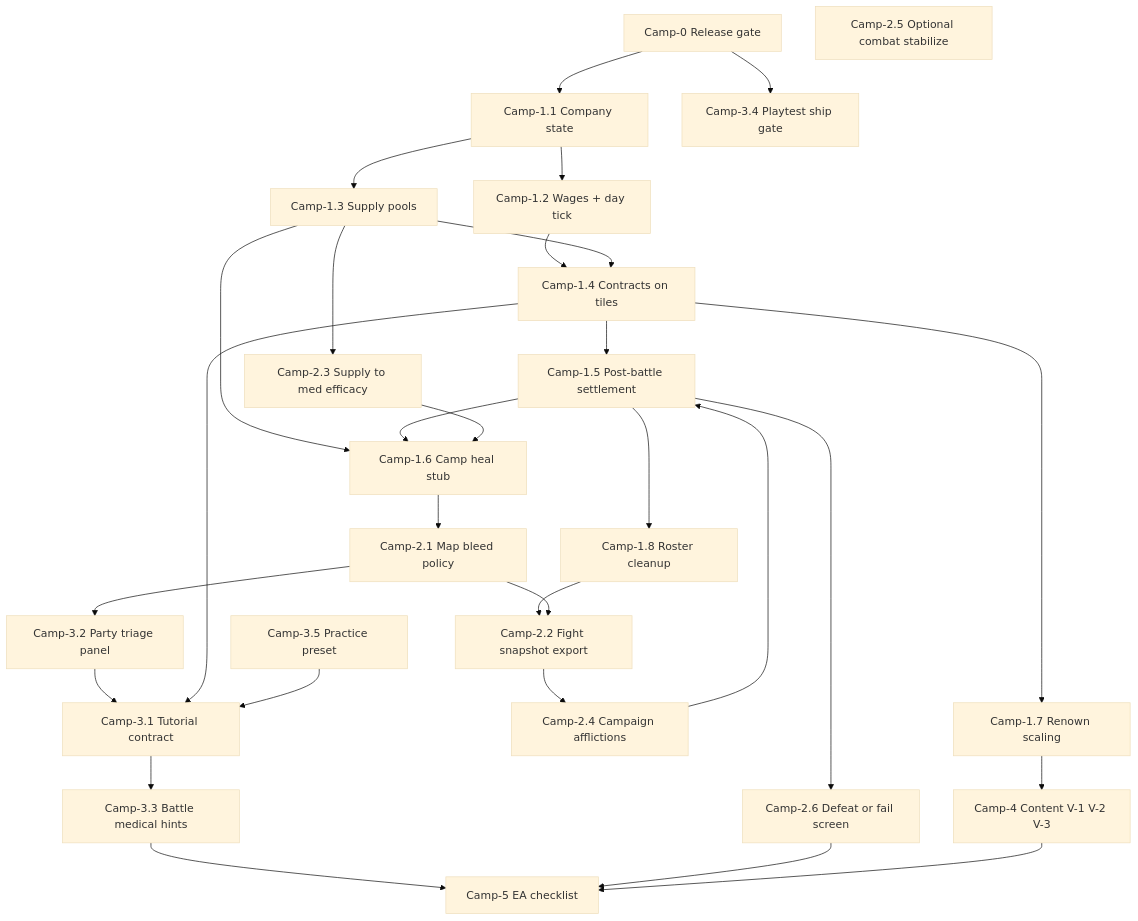
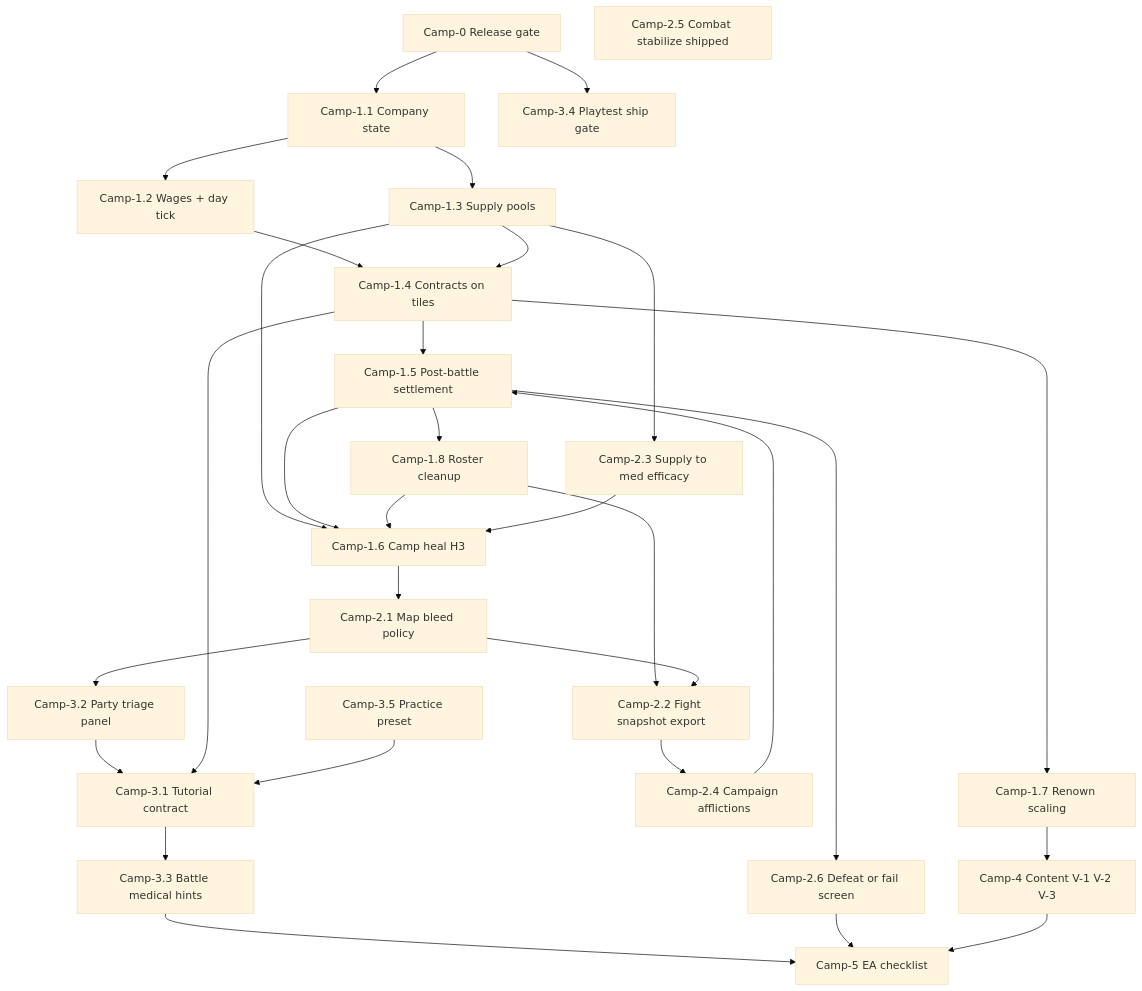
Before and after one commit to Evernight27/FallenPaths: the diagram in docs/SHIP_PLAN.md, drawn with Mermaid (base theme). The commit also changed other lines of this file and 104 other files, not shown here.

````diff
--- a/docs/SHIP_PLAN.md
+++ b/docs/SHIP_PLAN.md
@@ -75,54 +82,55 @@
 ```mermaid
 flowchart TB
   C0[Camp-0 Release gate]
   C1a[Camp-1.1 Company state]
   C1b[Camp-1.2 Wages + day tick]
   C1c[Camp-1.3 Supply pools]
   C1d[Camp-1.4 Contracts on tiles]
   C1e[Camp-1.5 Post-battle settlement]
-  C1f[Camp-1.6 Camp heal stub]
+  C1f[Camp-1.6 Camp heal H3]
   C1g[Camp-1.7 Renown scaling]
   C1h[Camp-1.8 Roster cleanup]
   C2a[Camp-2.1 Map bleed policy]
   C2b[Camp-2.2 Fight snapshot export]
   C2c[Camp-2.3 Supply to med efficacy]
   C2d[Camp-2.4 Campaign afflictions]
-  C2e[Camp-2.5 Optional combat stabilize]
+  C2e[Camp-2.5 Combat stabilize shipped]
   C2f[Camp-2.6 Defeat or fail screen]
   C3a[Camp-3.1 Tutorial contract]
   C3b[Camp-3.2 Party triage panel]
   C3c[Camp-3.3 Battle medical hints]
   C3d[Camp-3.4 Playtest ship gate]
   C3e[Camp-3.5 Practice preset]
   C4[Camp-4 Content V-1 V-2 V-3]
   C5[Camp-5 EA checklist]
 
   C0 --> C1a
   C1a --> C1b
   C1a --> C1c
   C1b --> C1d
   C1c --> C1d
   C1d --> C1e
   C1c --> C1f
   C1e --> C1f
   C1d --> C1g
   C1e --> C1h
+  C1h --> C1f
   C1h --> C2b
   C1f --> C2a
   C2a --> C2b
   C2c --> C1f
   C1c --> C2c
   C2b --> C2d
   C2d --> C1e
   C1e --> C2f
   C2a --> C3b
   C3b --> C3a
   C1d --> C3a
   C3a --> C3c
   C0 --> C3d
   C3e --> C3a
   C1g --> C4
   C3c --> C5
   C2f --> C5
   C4 --> C5
 ```
````
